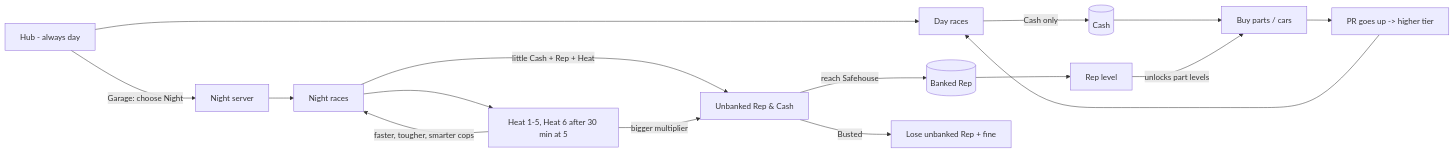
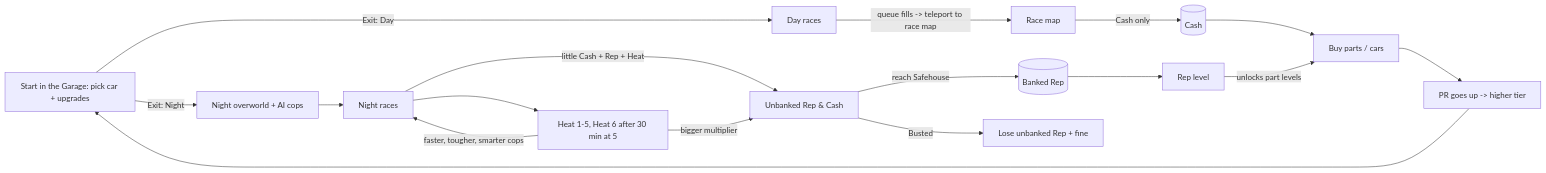
One commit to CbAutomationServices/OverTake changed the diagram in 01 Game Design/Core Loop.md. Above: the diagram before and after it, drawn with Mermaid. The commit also changed other lines of this file and 19 other files, not shown here.

````diff
--- a/01 Game Design/Core Loop.md
+++ b/01 Game Design/Core Loop.md
@@ -6,18 +6,19 @@
 ```mermaid
 flowchart LR
-  HUB[Hub - always day] --> DAY[Day races]
-  DAY -->|Cash only| CASH[(Cash)]
+  GAR[Start in the Garage: pick car + upgrades] -->|Exit: Day| DAY[Day races]
+  DAY -->|queue fills -> teleport to race map| RM[Race map]
+  RM -->|Cash only| CASH[(Cash)]
   CASH --> PARTS[Buy parts / cars]
   PARTS --> PR[PR goes up -> higher tier]
-  PR --> DAY
-  HUB -->|Garage: choose Night| NIGHT[Night server]
+  PR --> GAR
+  GAR -->|Exit: Night| NIGHT[Night overworld + AI cops]
   NIGHT --> NR[Night races]
   NR -->|little Cash + Rep + Heat| UNB[Unbanked Rep & Cash]
   UNB -->|reach Safehouse| BANK[(Banked Rep)]
   UNB -->|Busted| LOSE[Lose unbanked Rep + fine]
   BANK --> REPLVL[Rep level]
   REPLVL -->|unlocks part levels| PARTS
   NR --> HEAT[Heat 1-5, Heat 6 after 30 min at 5]
   HEAT -->|bigger multiplier| UNB
   HEAT -->|faster, tougher, smarter cops| NR
 ```
````
